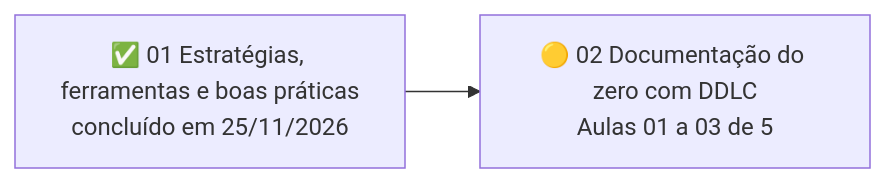
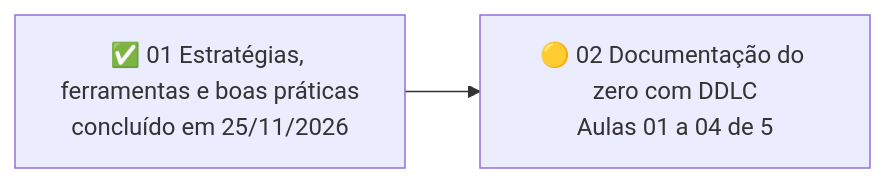
The fifth of 7 diagrams in mapa-de-estudos.md (letsprown-code/po-learning-journal), drawn with Mermaid before and after one commit. The commit also changed other lines of this file and 5 other files, not shown here.

```diff
--- a/mapa-de-estudos.md
+++ b/mapa-de-estudos.md
@@ -171,4 +171,4 @@
 ~~~mermaid
 flowchart LR
-    C1["✅ 01 Estratégias, ferramentas e boas práticas<br/>concluído em 25/11/2026"] --> C2["🟡 02 Documentação do zero com DDLC<br/>Aulas 01 a 03 de 5"]
+    C1["✅ 01 Estratégias, ferramentas e boas práticas<br/>concluído em 25/11/2026"] --> C2["🟡 02 Documentação do zero com DDLC<br/>Aulas 01 a 04 de 5"]
 ~~~
```
